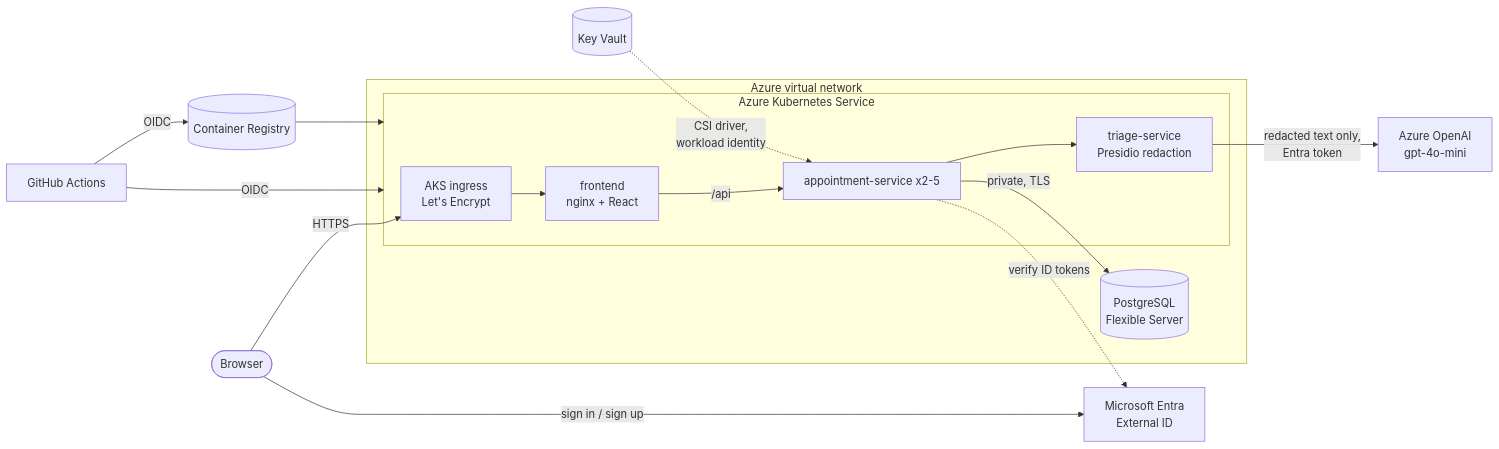
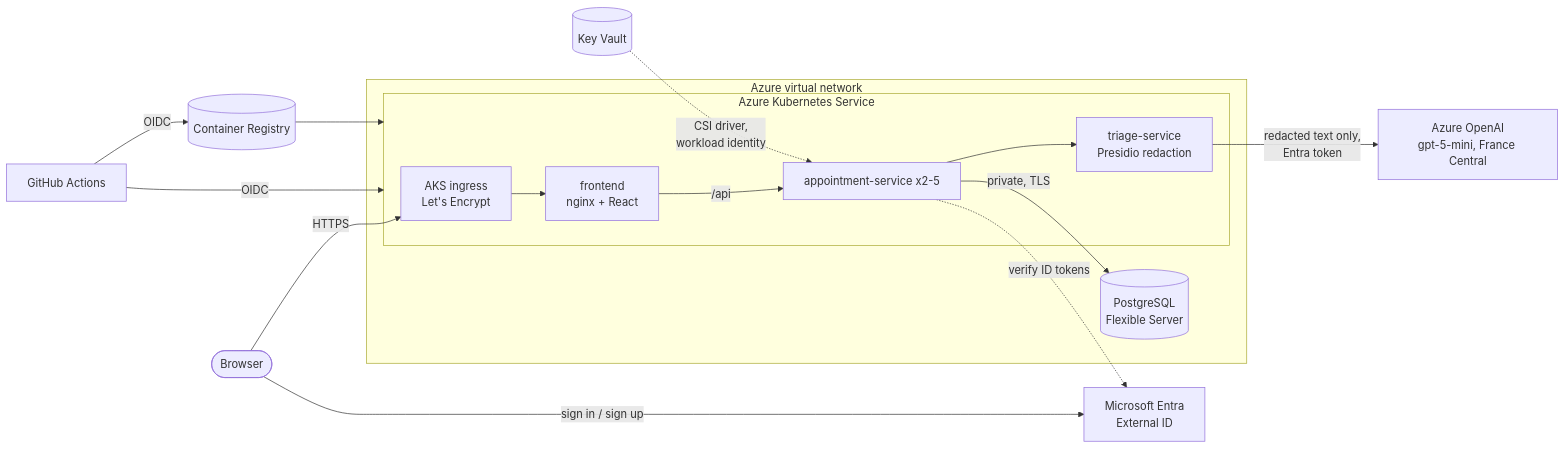
The diagram in infra/README.md (TilokJahan/Clinic-portal), drawn with Mermaid before and after one commit. The commit also changed other lines of this file and 10 other files, not shown here.

First line of the commit message:
Use gpt-5-mini in France Central, where the subscription has quota

````diff
--- a/infra/README.md
+++ b/infra/README.md
@@ -13,19 +14,19 @@
 ```mermaid
 flowchart LR
   user([Browser]) -->|HTTPS| ing[AKS ingress<br/>Let's Encrypt]
   user -->|sign in / sign up| idp[Microsoft Entra<br/>External ID]
   subgraph vnet [Azure virtual network]
     subgraph aks [Azure Kubernetes Service]
       ing --> fe[frontend<br/>nginx + React]
       fe -->|/api| appt[appointment-service x2-5]
       appt --> triage[triage-service<br/>Presidio redaction]
     end
     appt -->|private, TLS| db[(PostgreSQL<br/>Flexible Server)]
   end
-  triage -->|redacted text only,<br/>Entra token| oai[Azure OpenAI<br/>gpt-4o-mini]
+  triage -->|redacted text only,<br/>Entra token| oai[Azure OpenAI<br/>gpt-5-mini, France Central]
   kv[(Key Vault)] -.->|CSI driver,<br/>workload identity| appt
   appt -.->|verify ID tokens| idp
   gh[GitHub Actions] -->|OIDC| acr[(Container Registry)]
   gh -->|OIDC| aks
   acr --> aks
 ```
````
